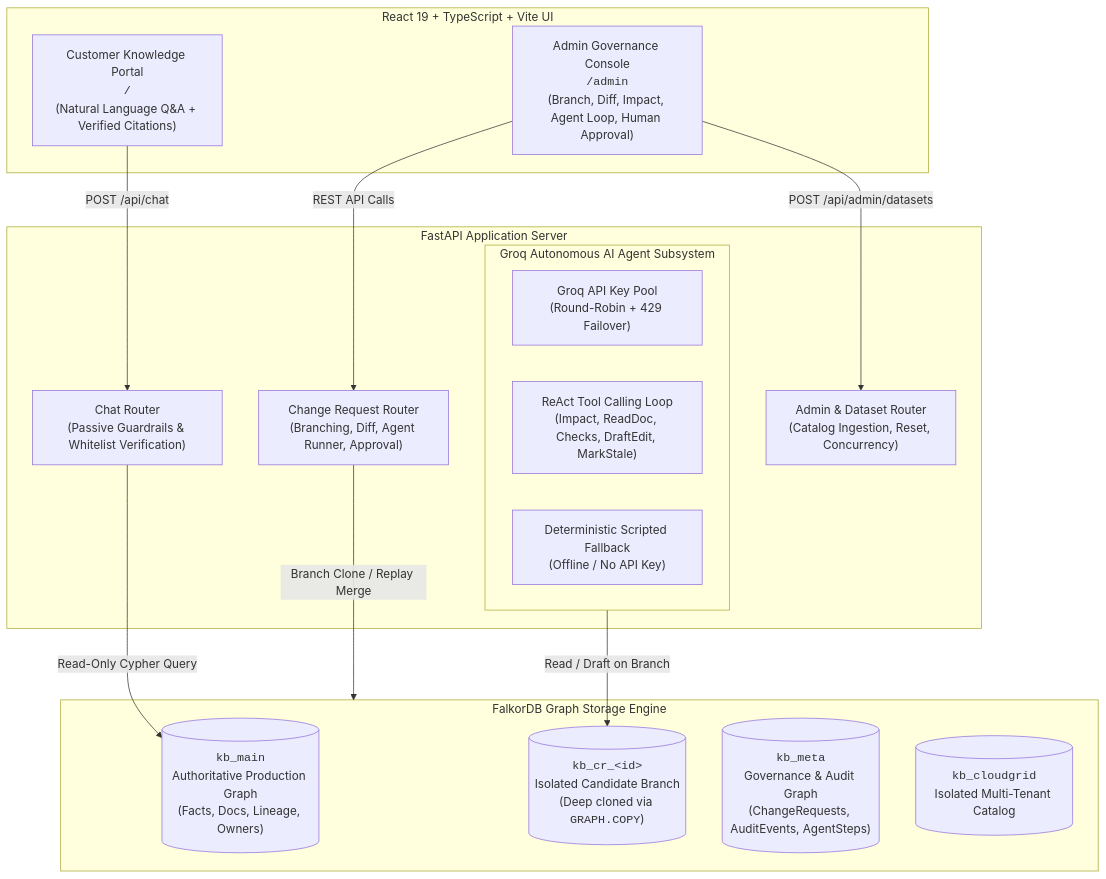
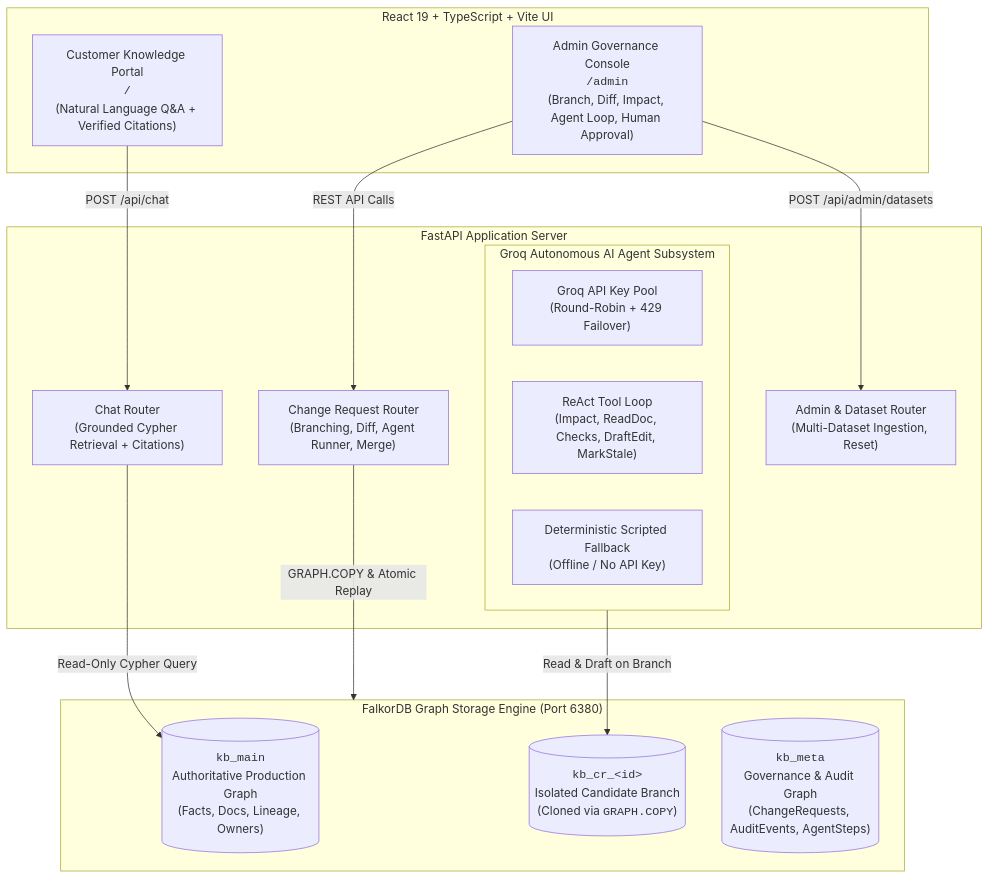
One commit to IAM-MUKUND/truthbranch changed the third of 3 diagrams in README.md. Above: the diagram before and after it, drawn with Mermaid. The commit also changed other lines of this file, not shown here.

````diff
--- a/README.md
+++ b/README.md
@@ -55,34 +231,33 @@
 ```mermaid
 graph TB
     subgraph Frontend["React 19 + TypeScript + Vite UI"]
         CustomerPortal["Customer Knowledge Portal<br/><code>/</code><br/>(Natural Language Q&A + Verified Citations)"]
         AdminPortal["Admin Governance Console<br/><code>/admin</code><br/>(Branch, Diff, Impact, Agent Loop, Human Approval)"]
     end
 
     subgraph Backend["FastAPI Application Server"]
-        ChatRouter["Chat Router<br/>(Passive Guardrails & Whitelist Verification)"]
-        CRRouter["Change Request Router<br/>(Branching, Diff, Agent Runner, Approval)"]
-        AdminRouter["Admin & Dataset Router<br/>(Catalog Ingestion, Reset, Concurrency)"]
+        ChatRouter["Chat Router<br/>(Grounded Cypher Retrieval + Citations)"]
+        CRRouter["Change Request Router<br/>(Branching, Diff, Agent Runner, Merge)"]
+        AdminRouter["Admin & Dataset Router<br/>(Multi-Dataset Ingestion, Reset)"]
         
         subgraph AgentSubsystem["Groq Autonomous AI Agent Subsystem"]
             GroqPool["Groq API Key Pool<br/>(Round-Robin + 429 Failover)"]
-            AgentLoop["ReAct Tool Calling Loop<br/>(Impact, ReadDoc, Checks, DraftEdit, MarkStale)"]
+            AgentLoop["ReAct Tool Loop<br/>(Impact, ReadDoc, Checks, DraftEdit, MarkStale)"]
             ScriptedMode["Deterministic Scripted Fallback<br/>(Offline / No API Key)"]
         end
     end
 
-    subgraph FalkorDB["FalkorDB Graph Storage Engine"]
+    subgraph FalkorDBEngine["FalkorDB Graph Storage Engine (Port 6380)"]
         KBMain[("<code>kb_main</code><br/>Authoritative Production Graph<br/>(Facts, Docs, Lineage, Owners)")]
-        KBBranch[("<code>kb_cr_&lt;id&gt;</code><br/>Isolated Candidate Branch<br/>(Deep cloned via <code>GRAPH.COPY</code>)")]
+        KBBranch[("<code>kb_cr_&lt;id&gt;</code><br/>Isolated Candidate Branch<br/>(Cloned via <code>GRAPH.COPY</code>)")]
         KBMeta[("<code>kb_meta</code><br/>Governance & Audit Graph<br/>(ChangeRequests, AuditEvents, AgentSteps)")]
-        KBCatalog[("<code>kb_cloudgrid</code><br/>Isolated Multi-Tenant Catalog")]
     end
 
     CustomerPortal -->|POST /api/chat| ChatRouter
     AdminPortal -->|REST API Calls| CRRouter
     AdminPortal -->|POST /api/admin/datasets| AdminRouter
 
     ChatRouter -->|Read-Only Cypher Query| KBMain
-    CRRouter -->|Branch Clone / Replay Merge| FalkorDB
-    AgentSubsystem -->|Read / Draft on Branch| KBBranch
+    CRRouter -->|GRAPH.COPY & Atomic Replay| FalkorDBEngine
+    AgentSubsystem -->|Read & Draft on Branch| KBBranch
 ```
````
